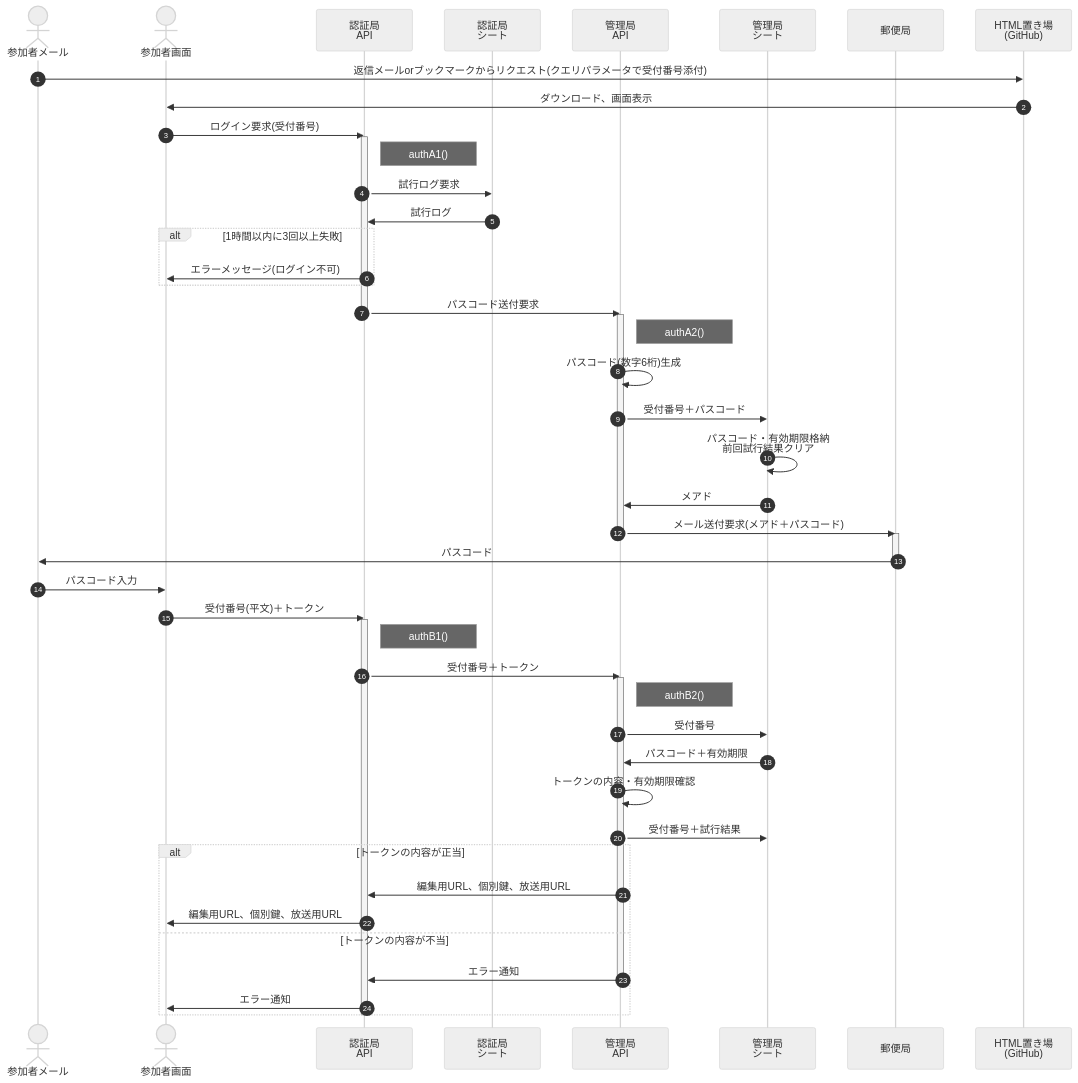
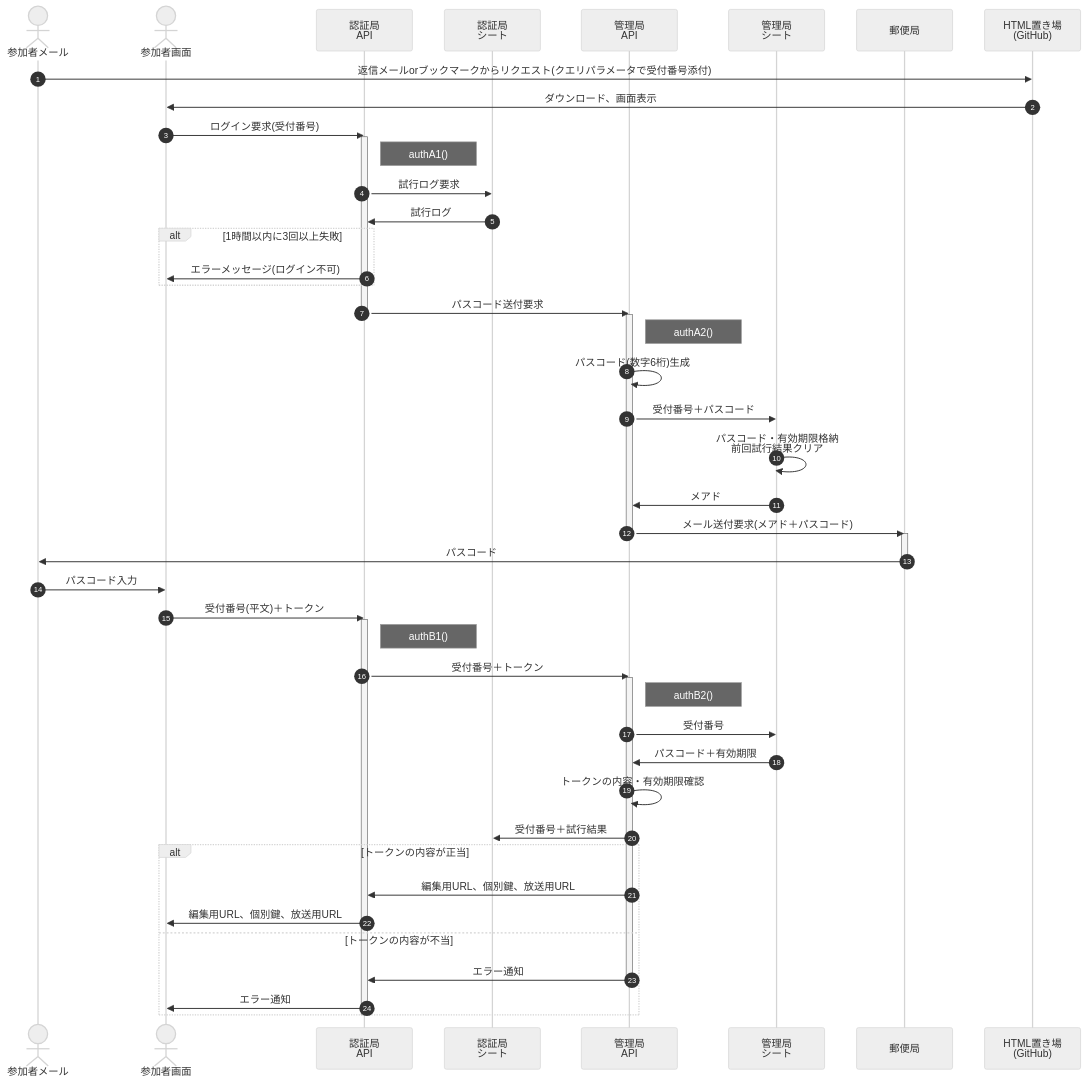
One commit to nakaone/EventStaff changed the third of 7 diagrams in README.md. Above: the diagram before and after it, drawn with Mermaid (neutral theme). The commit also changed 4 other files, not shown here.

````diff
--- a/README.md
+++ b/README.md
@@ -146,62 +146,62 @@
 ```mermaid
 
 sequenceDiagram
   autonumber
   actor mail as 参加者メール
   actor html as 参加者画面
   participant CAApi as 認証局<br>API
   participant CASht as 認証局<br>シート
   %% CAApi = Certificate Authority (GAS API)
   participant mApi as 管理局<br>API
   %% mApi = master API
   participant mSht as 管理局<br>シート
   %% mSht = master sheet
   participant post as 郵便局
   participant git as HTML置き場<br>(GitHub)
 
   mail->>git : 返信メールorブックマークからリクエスト(クエリパラメータで受付番号添付)
   git->>html : ダウンロード、画面表示
 
   html ->> CAApi : ログイン要求(受付番号)
   activate CAApi
   Note right of CAApi : authA1()
   CAApi->>CASht : 試行ログ要求
   CASht->>CAApi : 試行ログ
   alt 1時間以内に3回以上失敗
     CAApi->>html : エラーメッセージ(ログイン不可)
   end
   CAApi ->> mApi : パスコード送付要求
   deactivate CAApi
   activate mApi
   Note right of mApi : authA2()
   mApi ->> mApi : パスコード(数字6桁)生成
   mApi ->> mSht : 受付番号＋パスコード
   mSht ->> mSht : パスコード・有効期限格納<br>前回試行結果クリア
   mSht ->> mApi : メアド
   mApi ->> post : メール送付要求(メアド＋パスコード)
   deactivate mApi
   activate post
   post ->> mail : パスコード
   deactivate post
   mail ->> html : パスコード入力
   html ->> CAApi : 受付番号(平文)＋トークン
   activate CAApi
   Note right of CAApi : authB1()
   CAApi ->> mApi : 受付番号＋トークン
   activate mApi
   Note right of mApi : authB2()
   mApi ->> mSht : 受付番号
   mSht ->> mApi : パスコード＋有効期限
   mApi ->> mApi : トークンの内容・有効期限確認
-  mApi ->> mSht : 受付番号＋試行結果
+  mApi ->> CASht : 受付番号＋試行結果
   alt トークンの内容が正当
     mApi ->> CAApi : 編集用URL、個別鍵、放送用URL
     CAApi ->> html : 編集用URL、個別鍵、放送用URL
   else トークンの内容が不当
     mApi ->> CAApi : エラー通知
     deactivate mApi
     CAApi ->> html : エラー通知
   end
   deactivate CAApi
 
 ```
````
